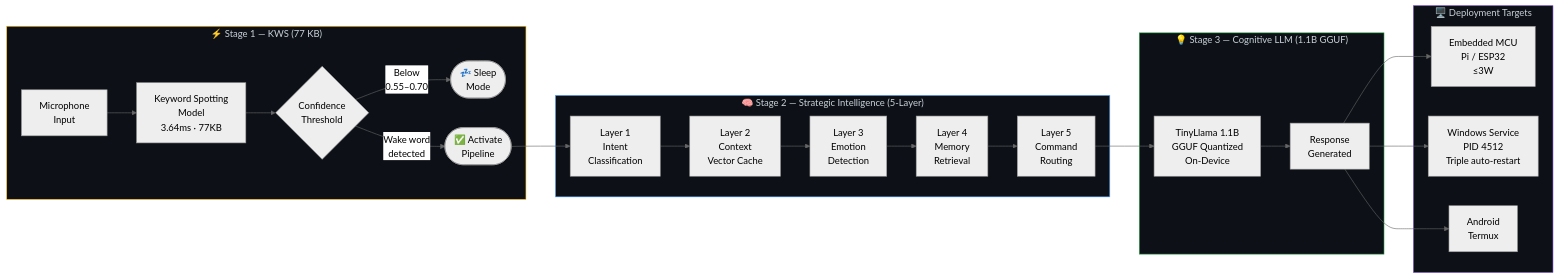
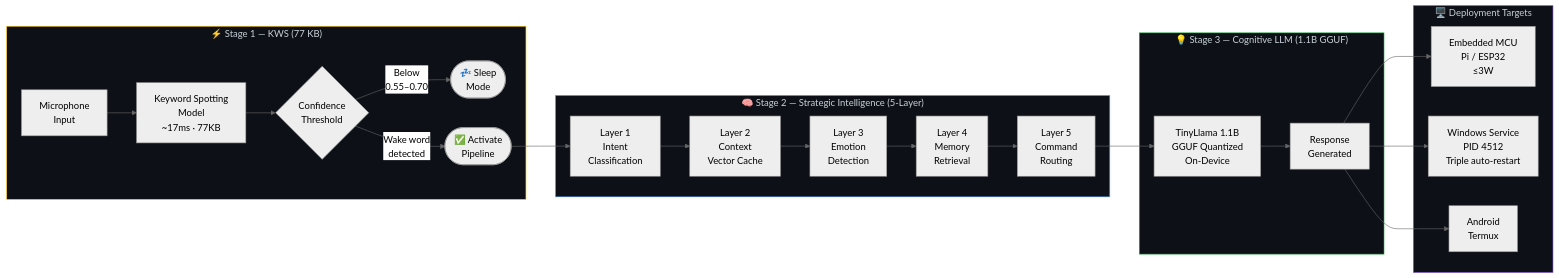
The first of 4 diagrams in README.md (Ariyan-Pro/Edge-TinyML-Project), drawn with Mermaid (neutral theme) before and after one commit. The commit also changed other lines of this file and 1 other file, not shown here.

````diff
--- a/README.md
+++ b/README.md
@@ -102,33 +96,33 @@
 ```mermaid
 graph LR
     subgraph STAGE1["⚡ Stage 1 — KWS (77 KB)"]
-        MIC[Microphone\nInput] --> KWS[Keyword Spotting\nModel\n3.64ms · 77KB]
+        MIC[Microphone\nInput] --> KWS[Keyword Spotting\nModel\n~17ms · 77KB]
         KWS --> THRESH{Confidence\nThreshold}
         THRESH -- "Below\n0.55–0.70" --> SLEEP([💤 Sleep\nMode])
         THRESH -- "Wake word\ndetected" --> AWAKE([✅ Activate\nPipeline])
     end
 
     subgraph STAGE2["🧠 Stage 2 — Strategic Intelligence (5-Layer)"]
         AWAKE --> S1[Layer 1\nIntent\nClassification]
         S1 --> S2[Layer 2\nContext\nVector Cache]
         S2 --> S3[Layer 3\nEmotion\nDetection]
         S3 --> S4[Layer 4\nMemory\nRetrieval]
         S4 --> S5[Layer 5\nCommand\nRouting]
     end
 
     subgraph STAGE3["💡 Stage 3 — Cognitive LLM (1.1B GGUF)"]
         S5 --> LLM[TinyLlama 1.1B\nGGUF Quantized\nOn-Device]
         LLM --> OUT[Response\nGenerated]
     end
 
     subgraph DEPLOY["🖥️ Deployment Targets"]
         OUT --> MCU[Embedded MCU\nPi / ESP32\n≤3W]
         OUT --> WIN[Windows Service\nPID 4512\nTriple auto-restart]
         OUT --> AND[Android\nTermux]
     end
 
     style STAGE1 fill:#0d1117,stroke:#ffc107,color:#c9d1d9
     style STAGE2 fill:#0d1117,stroke:#58a6ff,color:#c9d1d9
     style STAGE3 fill:#0d1117,stroke:#28a745,color:#c9d1d9
     style DEPLOY fill:#0d1117,stroke:#6f42c1,color:#c9d1d9
 ```
````
